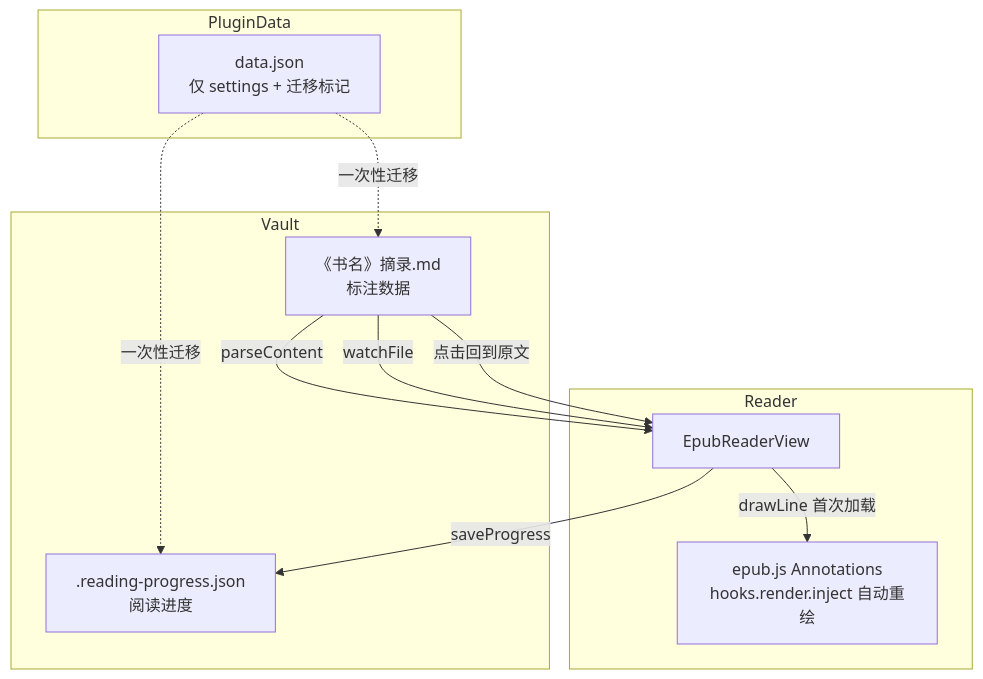
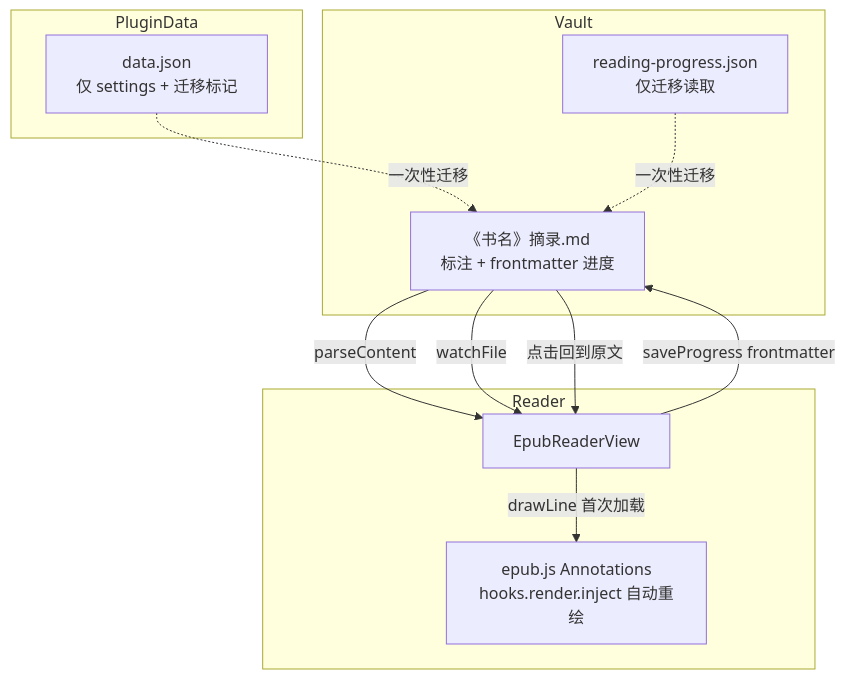
The diagram in docs/问题排查与修复记录.md (chengshans/ob-epub-reader), drawn with Mermaid before and after one commit. The commit also changed other lines of this file and 9 other files, not shown here.

````diff
--- a/docs/问题排查与修复记录.md
+++ b/docs/问题排查与修复记录.md
@@ -126,24 +175,24 @@
 ```mermaid
 flowchart TB
     subgraph Vault
-        ExcerptMD["《书名》摘录.md\n标注数据"]
-        ProgressJSON[".reading-progress.json\n阅读进度"]
+        ExcerptMD["《书名》摘录.md\n标注 + frontmatter 进度"]
+        LegacyJSON["reading-progress.json\n仅迁移读取"]
     end
 
     subgraph PluginData
         DataJSON["data.json\n仅 settings + 迁移标记"]
     end
 
     subgraph Reader
         View["EpubReaderView"]
         EpubJS["epub.js Annotations\nhooks.render.inject 自动重绘"]
     end
 
     ExcerptMD -->|parseContent| View
     View -->|drawLine 首次加载| EpubJS
     ExcerptMD -->|watchFile| View
-    View -->|saveProgress| ProgressJSON
+    View -->|saveProgress frontmatter| ExcerptMD
     ExcerptMD -->|点击回到原文| View
     DataJSON -.->|一次性迁移| ExcerptMD
-    DataJSON -.->|一次性迁移| ProgressJSON
+    LegacyJSON -.->|一次性迁移| ExcerptMD
 ```
````
